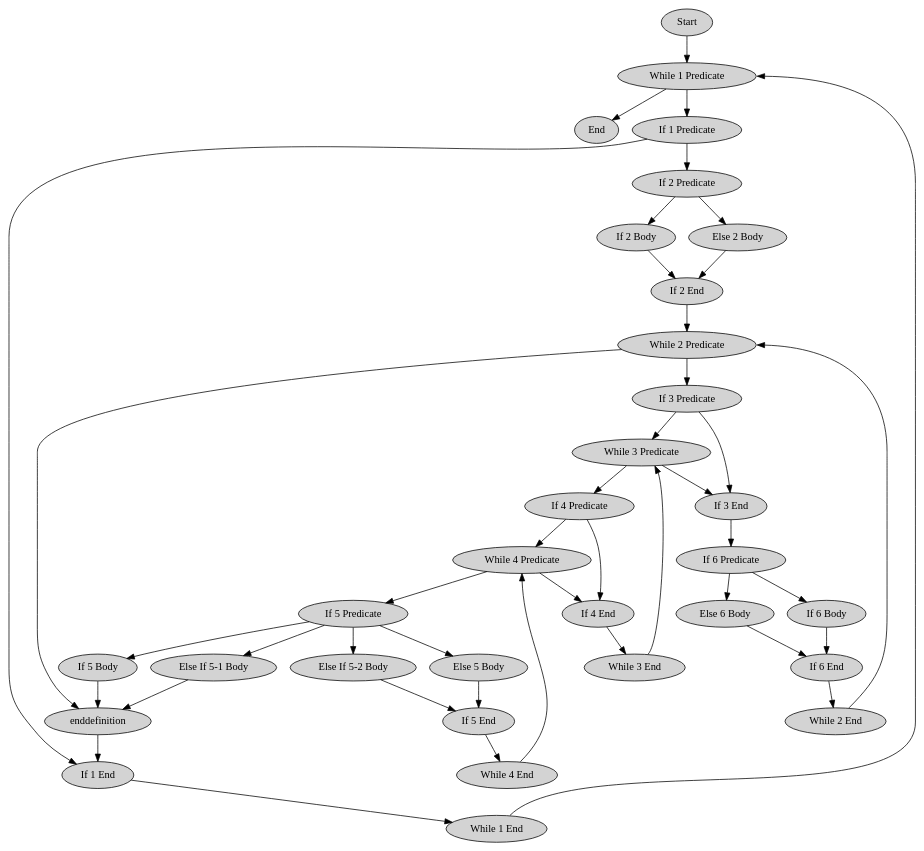
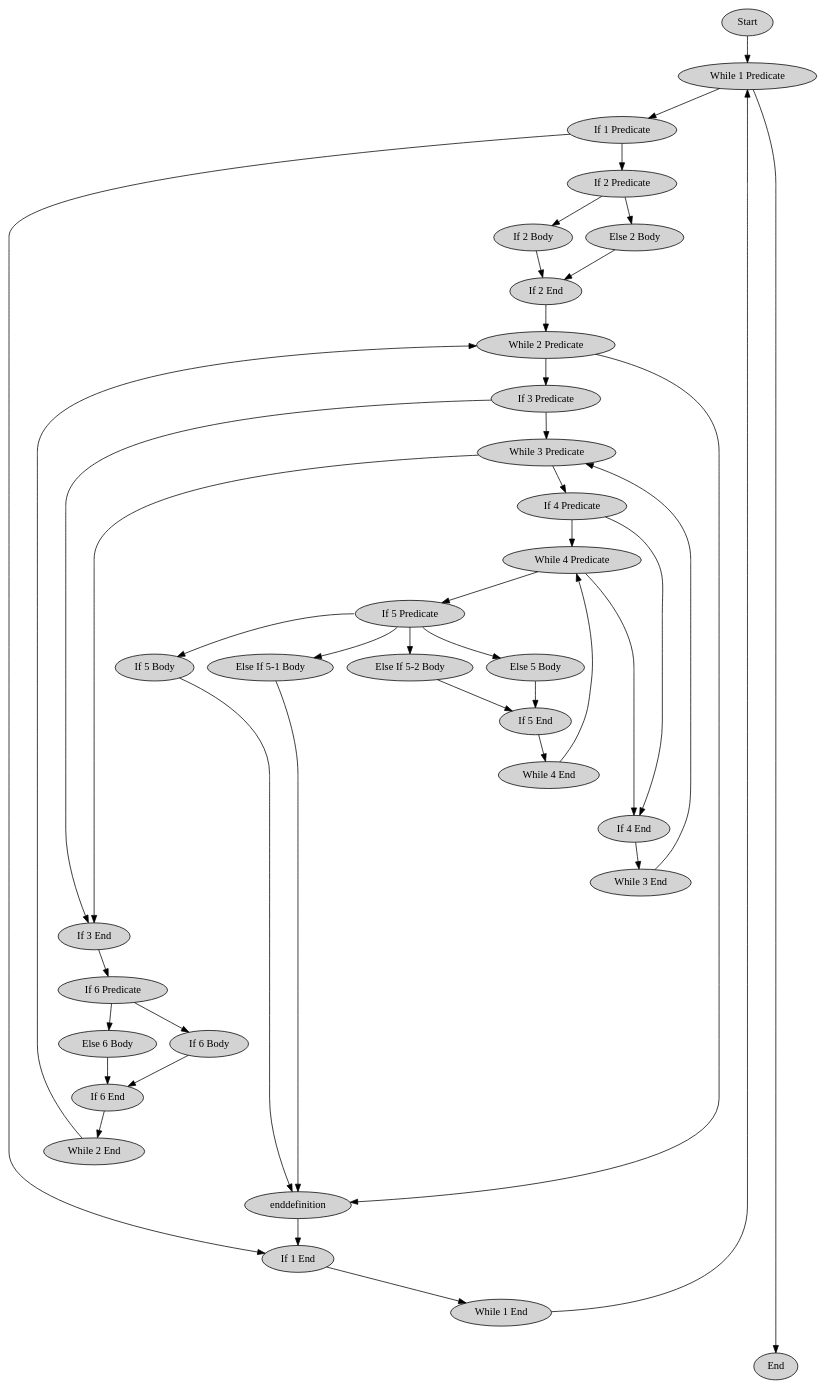
Before and after one commit to seanfisk/cpg-islands: the diagram in papers/final/takai-jones-control-flow/diagram.dot, drawn with Graphviz.

Commit message:
Use minlen instead of heavy port usage in Graphviz diagram.

```diff
--- a/papers/final/takai-jones-control-flow/diagram.dot
+++ b/papers/final/takai-jones-control-flow/diagram.dot
@@ -1,90 +1,90 @@
 // This is a control flow graph of the Takai-Jones script taking
 // `last' commands (basically gotos) into account.
 strict digraph CpGTakaiJones {
         node [style=filled,fillcolor=lightgray]
         start [label="Start"]
 
         w1p [label="While 1 Predicate"]
         w1e [label="While 1 End"]
 
         w2p [label="While 2 Predicate"]
         w2e [label="While 2 End"]
         enddefinition [label="enddefinition"]
 
         w3p [label="While 3 Predicate"]
         w3e [label="While 3 End"]
 
         w4p [label="While 4 Predicate"]
         w4e [label="While 4 End"]
 
         i1p [label="If 1 Predicate"]
         i1e [label="If 1 End"]
 
         i2p [label="If 2 Predicate"]
         i2b [label="If 2 Body"]
         e2b [label="Else 2 Body"]
         i2e [label="If 2 End"]
 
         i3p [label="If 3 Predicate"]
         i3e [label="If 3 End"]
 
         i4p [label="If 4 Predicate"]
         i4e [label="If 4 End"]
 
         i5p [label="If 5 Predicate"]
         i5b [label="If 5 Body"]
         ei5_1b [label="Else If 5-1 Body"]
         ei5_2b [label="Else If 5-2 Body"]
         e5b [label="Else 5 Body"]
         i5e [label="If 5 End"]
 
         i6p [label="If 6 Predicate"]
         i6b [label="If 6 Body"]
         e6b [label="Else 6 Body"]
         i6e [label="If 6 End"]
 
         end [label="End"]
 
         start -> w1p
-        w1p -> end
+        w1p -> end [minlen=24]
         w1p -> i1p
         i1p -> i2p
         i1p -> i1e
         i2p -> i2b
         i2p -> e2b
         i2b -> i2e
         e2b -> i2e
         i2e -> w2p
         w2p -> i3p
-        w2p -> enddefinition
+        w2p -> enddefinition [minlen=16]
         i3p -> w3p
-        i3p -> i3e
+        i3p -> i3e [minlen=10]
         w3p -> i4p
         w3p -> i3e
         i4p -> w4p
-        i4p -> i4e
+        i4p -> i4e [minlen=6]
         w4p -> i5p
         w4p -> i4e
-        i5p -> i5b
-        i5b -> enddefinition
-        i5p -> ei5_1b
-        ei5_1b -> enddefinition
-        i5p -> ei5_2b
-        i5p -> e5b
+        i5p:w -> i5b
+        i5b -> enddefinition [minlen=10]
+        i5p:sw -> ei5_1b
+        ei5_1b -> enddefinition [minlen=10]
+        i5p:s -> ei5_2b
+        i5p:se -> e5b
         ei5_2b -> i5e
         e5b -> i5e
         i5e -> w4e
-        w4e:ne -> w4p:s
+        w4e -> w4p [minlen=4]
         i4e -> w3e
-        w3e:ne -> w3p:se
+        w3e -> w3p [minlen=8]
         i3e -> i6p
         i6p -> i6b
         i6p -> e6b
         i6b -> i6e
         e6b -> i6e
         i6e -> w2e
-        w2e:ne -> w2p:e
+        w2e -> w2p [minlen=15]
         enddefinition -> i1e
         i1e -> w1e
-        w1e:ne -> w1p:e
+        w1e -> w1p
 }
```
